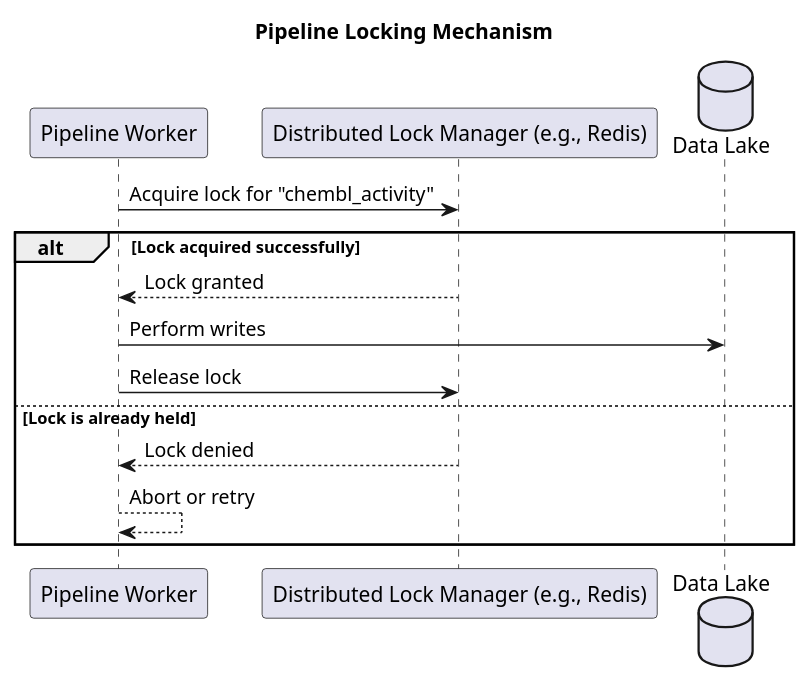
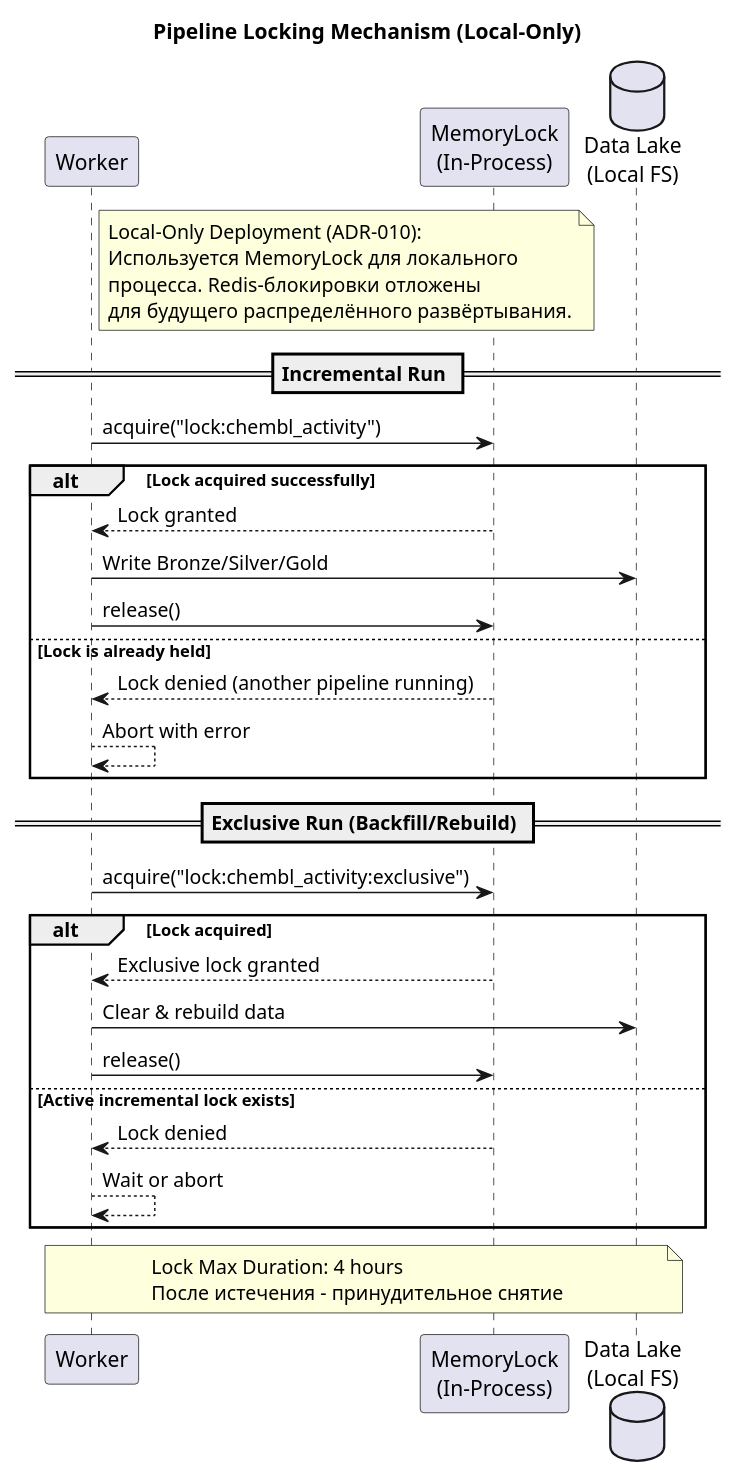
The diagram in docs/02-architecture/diagrams/05-locking.puml (SatoryKono/BioactivityDataAcquisition), drawn with PlantUML before and after one commit. The commit also changed 15 other files, not shown here.

```diff
--- a/docs/02-architecture/diagrams/05-locking.puml
+++ b/docs/02-architecture/diagrams/05-locking.puml
@@ -1,17 +1,41 @@
 @startuml
-title Pipeline Locking Mechanism
+title Pipeline Locking Mechanism (Local-Only)
+
+note right of Worker
+  Local-Only Deployment (ADR-010):
+  Используется MemoryLock для локального
+  процесса. Redis-блокировки отложены
+  для будущего распределённого развёртывания.
+end note
 
 participant "Pipeline Worker" as Worker
-participant "Distributed Lock Manager (e.g., Redis)" as LockManager
-database "Data Lake" as Lake
+participant "MemoryLock\n(In-Process)" as LockManager
+database "Data Lake\n(Local FS)" as Lake
 
-Worker -> LockManager: Acquire lock for "chembl_activity"
+== Incremental Run ==
+Worker -> LockManager: acquire("lock:chembl_activity")
 alt Lock acquired successfully
     LockManager --> Worker: Lock granted
-    Worker -> Lake: Perform writes
-    Worker -> LockManager: Release lock
+    Worker -> Lake: Write Bronze/Silver/Gold
+    Worker -> LockManager: release()
 else Lock is already held
+    LockManager --> Worker: Lock denied (another pipeline running)
+    Worker --> Worker: Abort with error
+end
+
+== Exclusive Run (Backfill/Rebuild) ==
+Worker -> LockManager: acquire("lock:chembl_activity:exclusive")
+alt Lock acquired
+    LockManager --> Worker: Exclusive lock granted
+    Worker -> Lake: Clear & rebuild data
+    Worker -> LockManager: release()
+else Active incremental lock exists
     LockManager --> Worker: Lock denied
-    Worker --> Worker: Abort or retry
+    Worker --> Worker: Wait or abort
 end
+
+note over Worker, Lake
+  Lock Max Duration: 4 hours
+  После истечения - принудительное снятие
+end note
 @enduml
```
